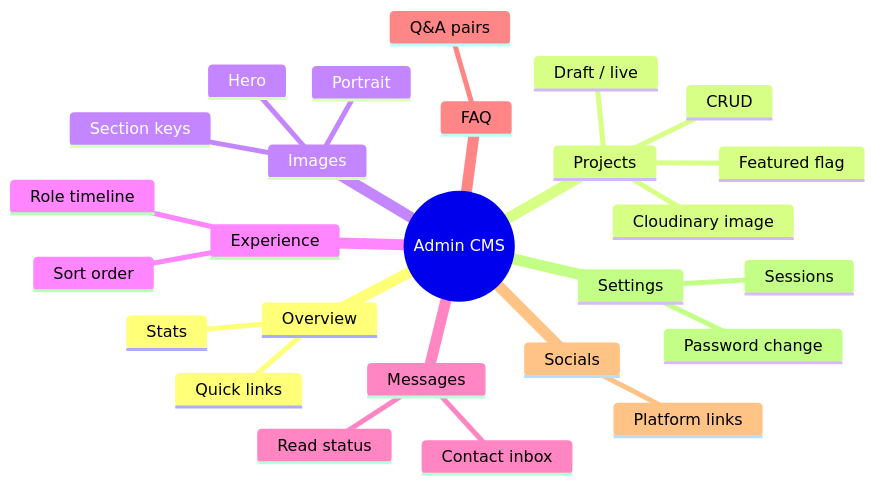
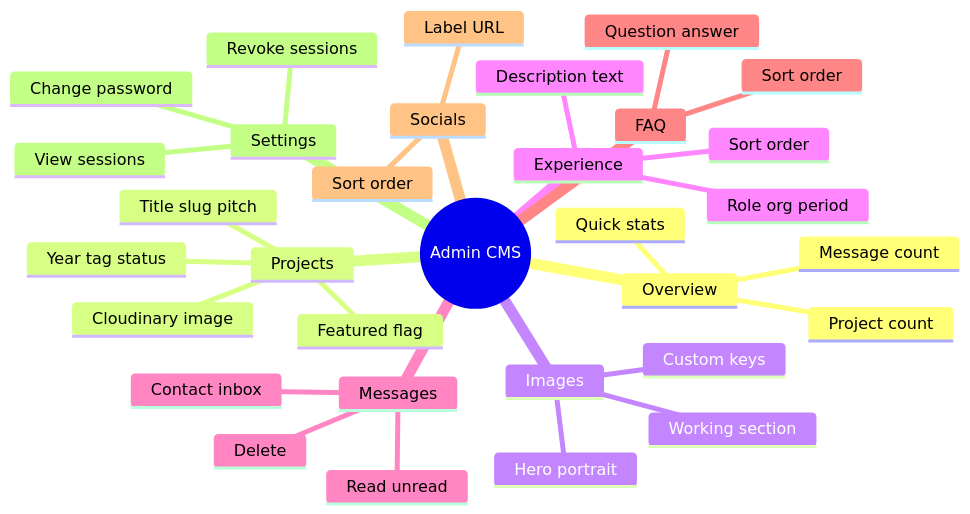
Before and after one commit to mawlid1431/Portfolio: diagram 13 of 15 in README.md, drawn with Mermaid. The commit also changed other lines of this file, not shown here.

````diff
--- a/README.md
+++ b/README.md
@@ -582,29 +788,35 @@
 ```mermaid
 mindmap
   root((Admin CMS))
     Overview
-      Stats
-      Quick links
+      Project count
+      Message count
+      Quick stats
     Projects
-      CRUD
+      Title slug pitch
+      Year tag status
       Featured flag
-      Draft / live
       Cloudinary image
     Images
-      Hero
-      Portrait
-      Section keys
+      Hero portrait
+      Working section
+      Custom keys
     Experience
-      Role timeline
+      Role org period
+      Description text
       Sort order
     Messages
       Contact inbox
-      Read status
+      Read unread
+      Delete
     FAQ
-      Q&A pairs
+      Question answer
+      Sort order
     Socials
-      Platform links
+      Label URL
+      Sort order
     Settings
-      Password change
-      Sessions
+      Change password
+      View sessions
+      Revoke sessions
 ```
````
